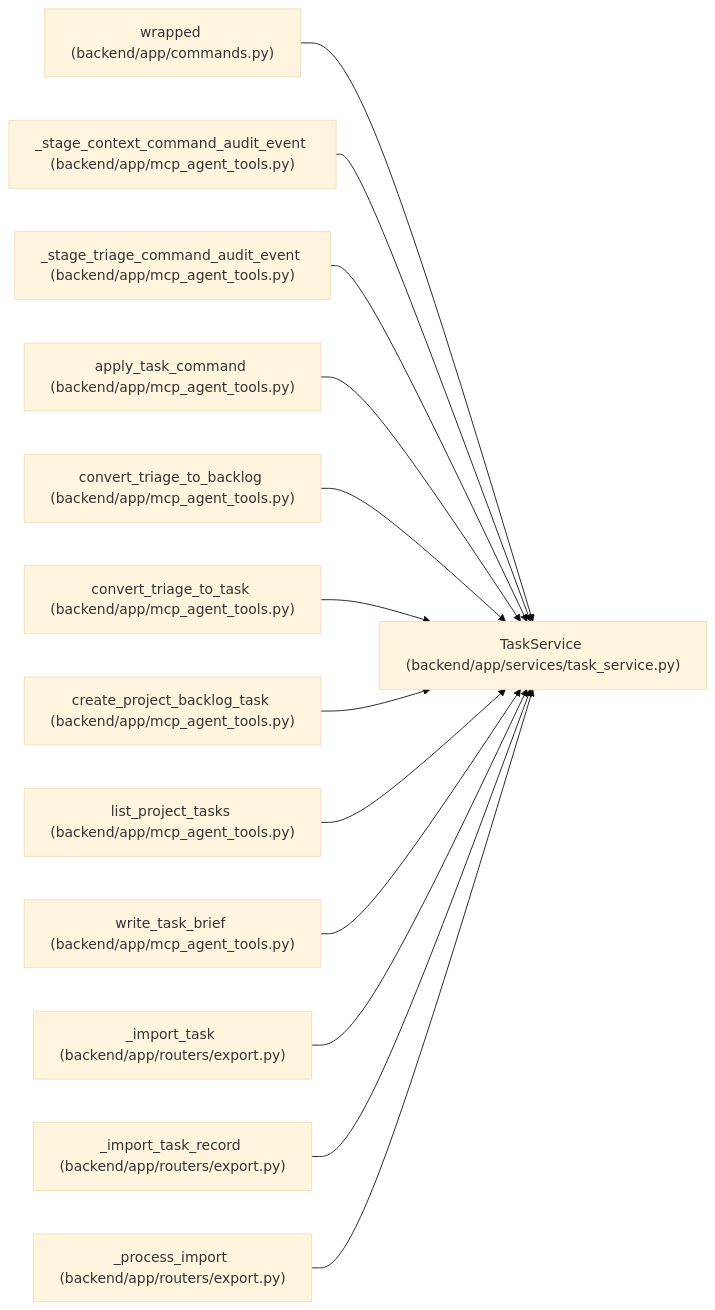
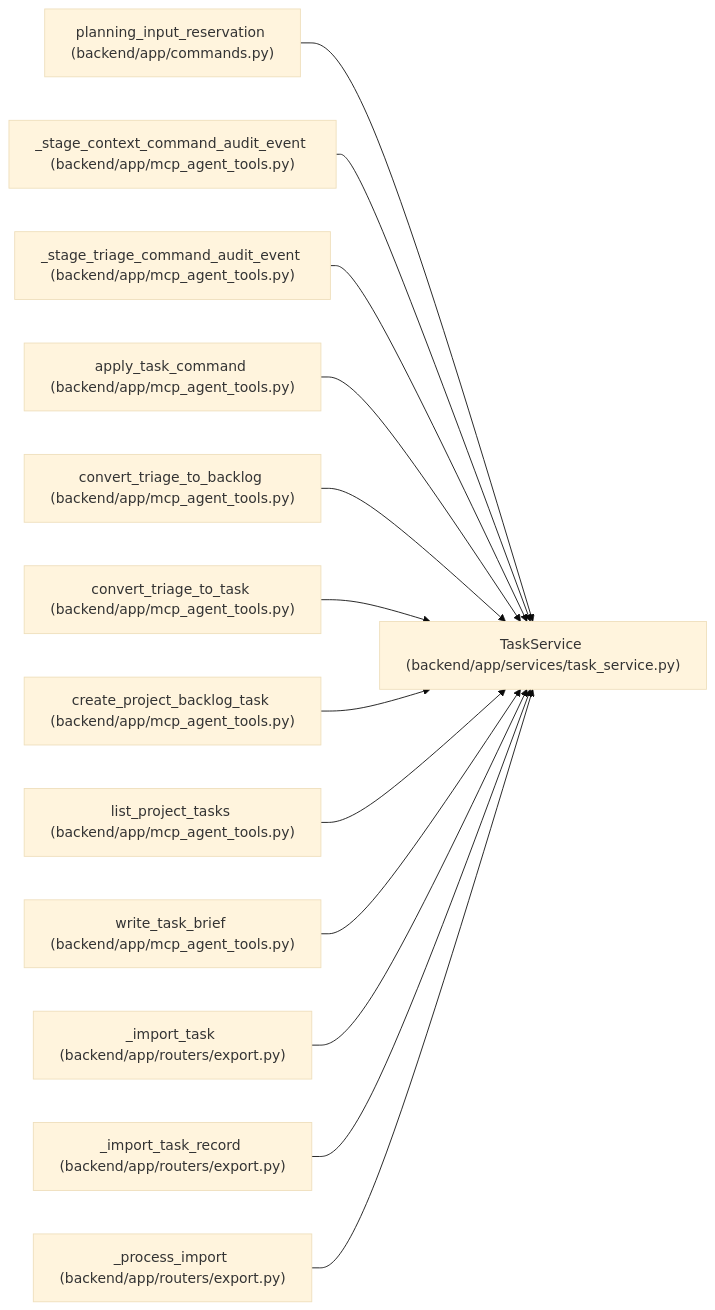
Before and after one commit to Denissvgn/WorkChord: the diagram in docs/llm_wiki/entities/TaskService.md, drawn with Mermaid (base theme). The commit also changed other lines of this file and 10148 other files, not shown here.

````diff
--- a/docs/llm_wiki/entities/TaskService.md
+++ b/docs/llm_wiki/entities/TaskService.md
@@ -86,41 +86,41 @@
 ```mermaid
 flowchart LR
     n0["TaskService (backend/app/services/task_service.py)"]
-    n1["wrapped (backend/app/commands.py)"]
+    n1["planning_input_reservation (backend/app/commands.py)"]
     n2["_stage_context_command_audit_event (backend/app/mcp_agent_tools.py)"]
     n3["_stage_triage_command_audit_event (backend/app/mcp_agent_tools.py)"]
     n4["apply_task_command (backend/app/mcp_agent_tools.py)"]
     n5["convert_triage_to_backlog (backend/app/mcp_agent_tools.py)"]
     n6["convert_triage_to_task (backend/app/mcp_agent_tools.py)"]
     n7["create_project_backlog_task (backend/app/mcp_agent_tools.py)"]
     n8["list_project_tasks (backend/app/mcp_agent_tools.py)"]
     n9["write_task_brief (backend/app/mcp_agent_tools.py)"]
     n10["_import_task (backend/app/routers/export.py)"]
     n11["_import_task_record (backend/app/routers/export.py)"]
     n12["_process_import (backend/app/routers/export.py)"]
     n1 --> n0
     n2 --> n0
     n3 --> n0
     n4 --> n0
     n5 --> n0
     n6 --> n0
     n7 --> n0
     n8 --> n0
     n9 --> n0
     n10 --> n0
     n11 --> n0
     n12 --> n0
     click n0 "../modules/task_service.md"
     click n1 "../modules/commands.md"
     click n2 "../modules/mcp_agent_tools.md"
     click n3 "../modules/mcp_agent_tools.md"
     click n4 "../modules/mcp_agent_tools.md"
     click n5 "../modules/mcp_agent_tools.md"
     click n6 "../modules/mcp_agent_tools.md"
     click n7 "../modules/mcp_agent_tools.md"
     click n8 "../modules/mcp_agent_tools.md"
     click n9 "../modules/mcp_agent_tools.md"
     click n10 "../modules/export.md"
     click n11 "../modules/export.md"
     click n12 "../modules/export.md"
 ```
````
